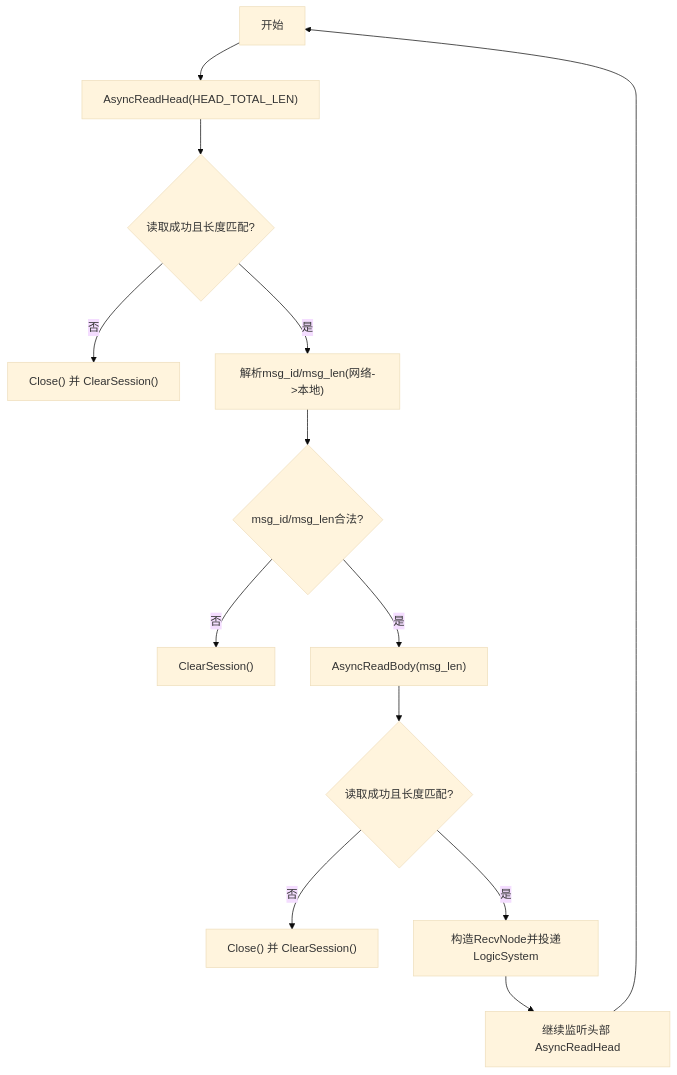
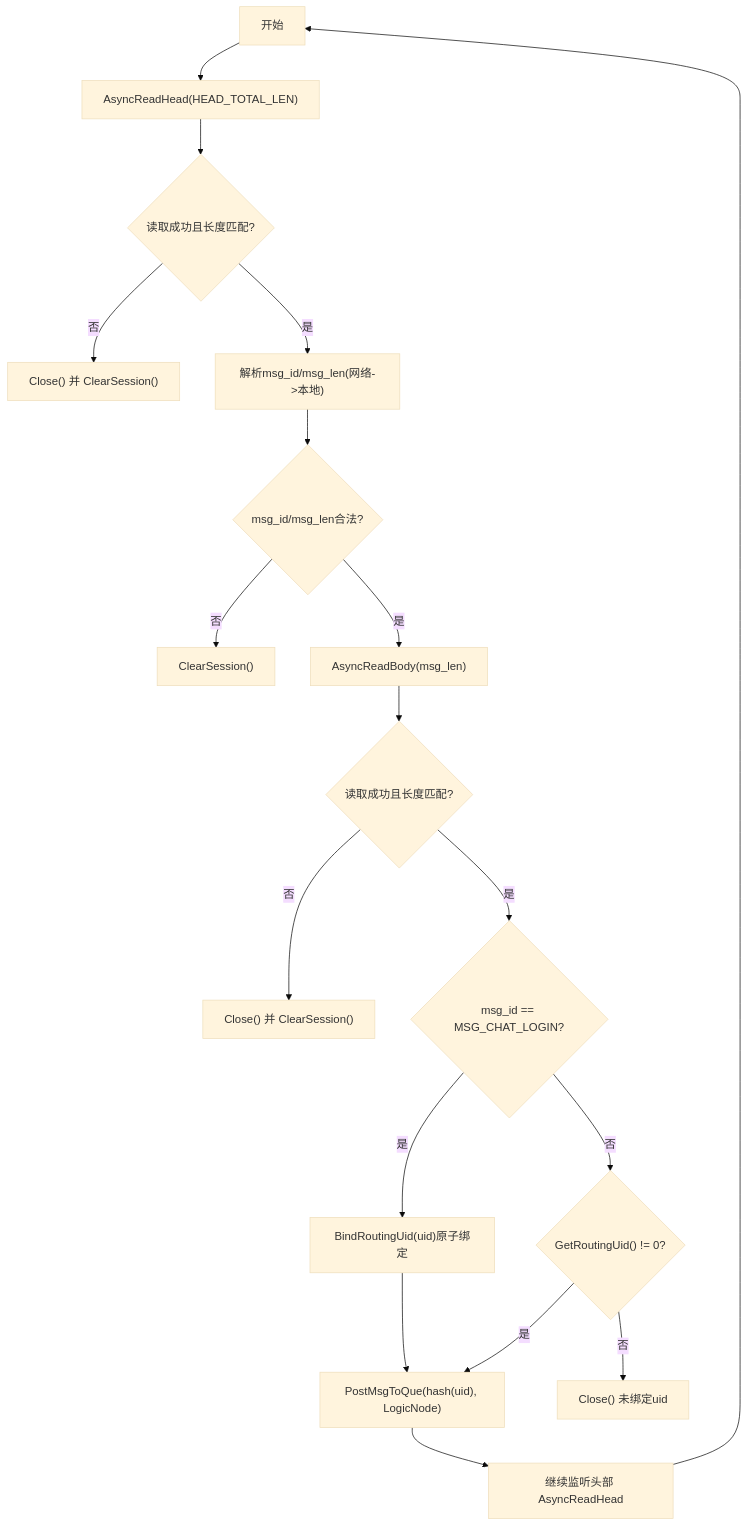
Before and after one commit to echo9923/mychatter: the fifth of 8 diagrams in .qoder/repowiki/zh/content/服务端开发/ChatServer聊天核心服务/会话管理/会话生命周期管理.md, drawn with Mermaid (base theme). The commit also changed other lines of this file and 54 other files, not shown here.

````diff
--- a/.qoder/repowiki/zh/content/服务端开发/ChatServer聊天核心服务/会话管理/会话生命周期管理.md
+++ b/.qoder/repowiki/zh/content/服务端开发/ChatServer聊天核心服务/会话管理/会话生命周期管理.md
@@ -231,15 +249,20 @@
 ```mermaid
 flowchart TD
 S["开始"] --> R1["AsyncReadHead(HEAD_TOTAL_LEN)"]
 R1 --> V1{"读取成功且长度匹配?"}
 V1 -- 否 --> E1["Close() 并 ClearSession()"]
 V1 -- 是 --> P1["解析msg_id/msg_len(网络->本地)"]
 P1 --> C1{"msg_id/msg_len合法?"}
 C1 -- 否 --> E2["ClearSession()"]
 C1 -- 是 --> R2["AsyncReadBody(msg_len)"]
 R2 --> V2{"读取成功且长度匹配?"}
 V2 -- 否 --> E3["Close() 并 ClearSession()"]
-V2 -- 是 --> Q1["构造RecvNode并投递LogicSystem"]
-Q1 --> N1["继续监听头部 AsyncReadHead"]
+V2 -- 是 --> L1{"msg_id == MSG_CHAT_LOGIN?"}
+L1 -- 是 --> B1["BindRoutingUid(uid)原子绑定"]
+B1 --> R3["PostMsgToQue(hash(uid), LogicNode)"]
+L1 -- 否 --> V3{"GetRoutingUid() != 0?"}
+V3 -- 否 --> E4["Close() 未绑定uid"]
+V3 -- 是 --> R3
+R3 --> N1["继续监听头部 AsyncReadHead"]
 N1 --> S
 ```
````
